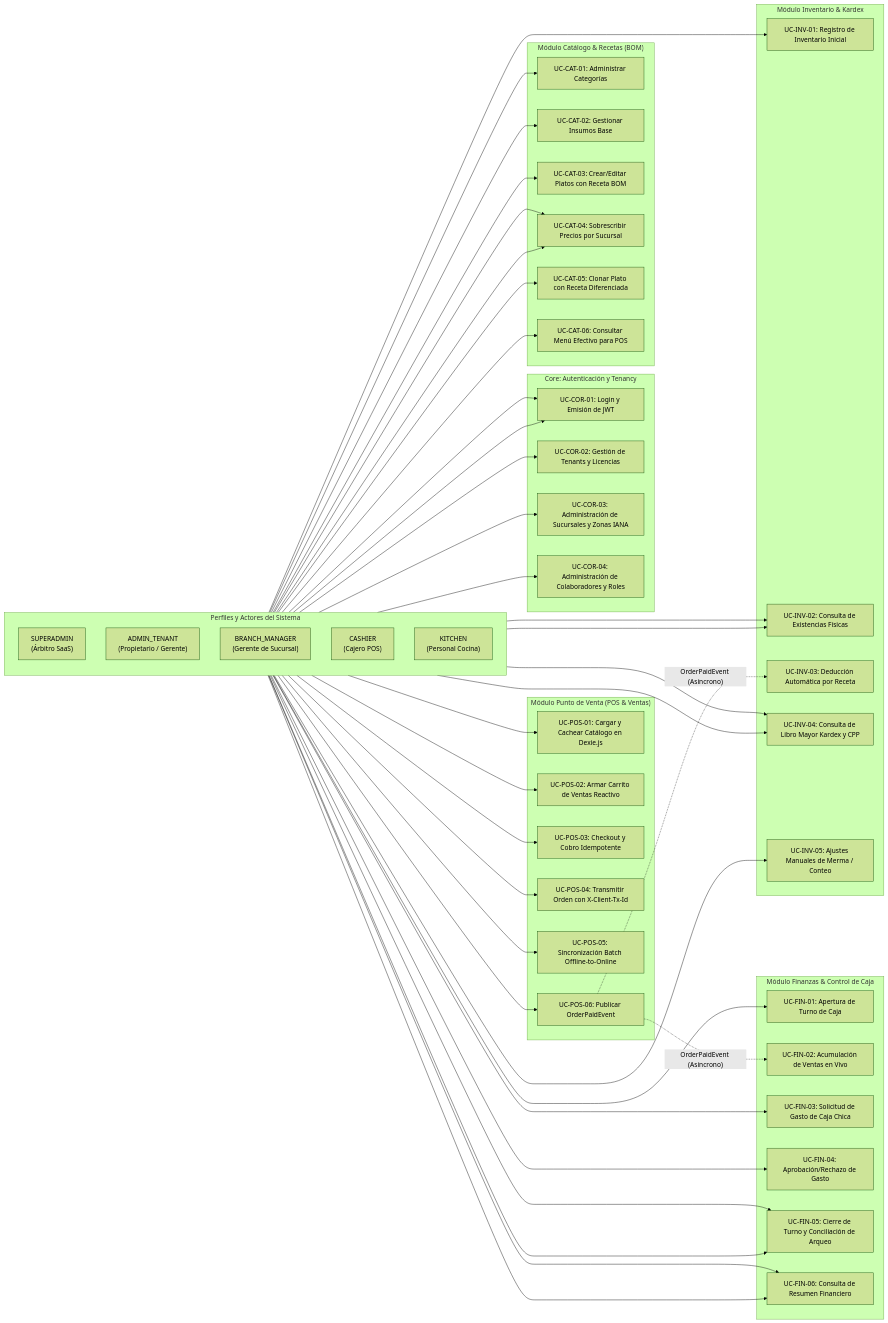
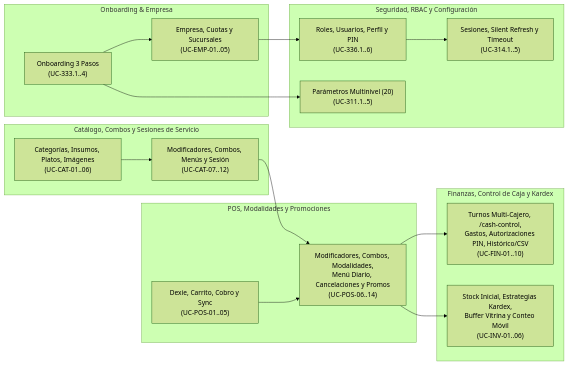
The second of 2 diagrams in docs/project/architecture/03-use-cases/use_cases_overview.md (vakajose/gestion-restaurante), drawn with Mermaid (forest theme) before and after one commit. The commit also changed other lines of this file and 156 other files, not shown here.

First line of the commit message:
docs(sdd,obsidian,manuals,qa): complete TASK-613 documentation audit, client guides, ADR-0030..0033 and backlog sync

````diff
--- a/docs/project/architecture/03-use-cases/use_cases_overview.md
+++ b/docs/project/architecture/03-use-cases/use_cases_overview.md
@@ -58,104 +49,38 @@
 ```mermaid
 flowchart LR
-    %% Declaración de Actores
-    subgraph Actores["Perfiles y Actores del Sistema"]
-        direction TB
-        Act_SA["SUPERADMIN<br/>(Árbitro SaaS)"]
-        Act_AT["ADMIN_TENANT<br/>(Propietario / Gerente)"]
-        Act_BM["BRANCH_MANAGER<br/>(Gerente de Sucursal)"]
-        Act_CS["CASHIER<br/>(Cajero POS)"]
-        Act_KT["KITCHEN<br/>(Personal Cocina)"]
+    subgraph Sub_Onb["Onboarding & Empresa"]
+        ONB["Onboarding 3 Pasos<br/>(UC-333.1..4)"]
+        CMP["Empresa, Cuotas y Sucursales<br/>(UC-EMP-01..05)"]
     end
 
-    %% Módulo Core: Autenticación y Tenancy
-    subgraph Mod_Core["Core: Autenticación y Tenancy"]
-        UC_COR_01["UC-COR-01: Login y Emisión de JWT"]
-        UC_COR_02["UC-COR-02: Gestión de Tenants y Licencias"]
-        UC_COR_03["UC-COR-03: Administración de Sucursales y Zonas IANA"]
-        UC_COR_04["UC-COR-04: Administración de Colaboradores y Roles"]
+    subgraph Sub_Sec["Seguridad, RBAC y Configuración"]
+        RBAC["Roles, Usuarios, Perfil y PIN<br/>(UC-336.1..6)"]
+        SES["Sesiones, Silent Refresh y Timeout<br/>(UC-314.1..5)"]
+        CFG["Parámetros Multinivel (20)<br/>(UC-311.1..5)"]
     end
 
-    %% Módulo Catálogo
-    subgraph Mod_Catalog["Módulo Catálogo & Recetas (BOM)"]
-        UC_CAT_01["UC-CAT-01: Administrar Categorías"]
-        UC_CAT_02["UC-CAT-02: Gestionar Insumos Base"]
-        UC_CAT_03["UC-CAT-03: Crear/Editar Platos con Receta BOM"]
-        UC_CAT_04["UC-CAT-04: Sobrescribir Precios por Sucursal"]
-        UC_CAT_05["UC-CAT-05: Clonar Plato con Receta Diferenciada"]
-        UC_CAT_06["UC-CAT-06: Consultar Menú Efectivo para POS"]
+    subgraph Sub_Cat["Catálogo, Combos y Sesiones de Servicio"]
+        CAT1["Categorías, Insumos, Platos, Imágenes<br/>(UC-CAT-01..06)"]
+        CAT2["Modificadores, Combos, Menús y Sesión<br/>(UC-CAT-07..12)"]
     end
 
-    %% Módulo POS
-    subgraph Mod_POS["Módulo Punto de Venta (POS & Ventas)"]
-        UC_POS_01["UC-POS-01: Cargar y Cachear Catálogo en Dexie.js"]
-        UC_POS_02["UC-POS-02: Armar Carrito de Ventas Reactivo"]
-        UC_POS_03["UC-POS-03: Checkout y Cobro Idempotente"]
-        UC_POS_04["UC-POS-04: Transmitir Orden con X-Client-Tx-Id"]
-        UC_POS_05["UC-POS-05: Sincronización Batch Offline-to-Online"]
-        UC_POS_06["UC-POS-06: Publicar OrderPaidEvent"]
+    subgraph Sub_Pos["POS, Modalidades y Promociones"]
+        POS1["Dexie, Carrito, Cobro y Sync<br/>(UC-POS-01..05)"]
+        POS2["Modificadores, Combos, Modalidades,<br/>Menú Diario, Cancelaciones y Promos<br/>(UC-POS-06..14)"]
     end
 
-    %% Módulo Inventario
-    subgraph Mod_Inv["Módulo Inventario & Kardex"]
-        UC_INV_01["UC-INV-01: Registro de Inventario Inicial"]
-        UC_INV_02["UC-INV-02: Consulta de Existencias Físicas"]
-        UC_INV_03["UC-INV-03: Deducción Automática por Receta"]
-        UC_INV_04["UC-INV-04: Consulta de Libro Mayor Kardex y CPP"]
-        UC_INV_05["UC-INV-05: Ajustes Manuales de Merma / Conteo"]
+    subgraph Sub_Fin["Finanzas, Control de Caja y Kardex"]
+        FIN["Turnos Multi-Cajero, /cash-control,<br/>Gastos, Autorizaciones PIN, Histórico/CSV<br/>(UC-FIN-01..10)"]
+        INV["Stock Inicial, Estrategias Kardex,<br/>Buffer Vitrina y Conteo Móvil<br/>(UC-INV-01..06)"]
     end
 
-    %% Módulo Finanzas
-    subgraph Mod_Fin["Módulo Finanzas & Control de Caja"]
-        UC_FIN_01["UC-FIN-01: Apertura de Turno de Caja"]
-        UC_FIN_02["UC-FIN-02: Acumulación de Ventas en Vivo"]
-        UC_FIN_03["UC-FIN-03: Solicitud de Gasto de Caja Chica"]
-        UC_FIN_04["UC-FIN-04: Aprobación/Rechazo de Gasto"]
-        UC_FIN_05["UC-FIN-05: Cierre de Turno y Conciliación de Arqueo"]
-        UC_FIN_06["UC-FIN-06: Consulta de Resumen Financiero"]
-    end
-
-    %% Conexiones SUPERADMIN
-    Act_SA --> UC_COR_02
-
-    %% Conexiones ADMIN_TENANT
-    Act_AT --> UC_COR_03
-    Act_AT --> UC_COR_04
-    Act_AT --> UC_CAT_01
-    Act_AT --> UC_CAT_02
-    Act_AT --> UC_CAT_03
-    Act_AT --> UC_CAT_04
-    Act_AT --> UC_CAT_05
-    Act_AT --> UC_INV_02
-    Act_AT --> UC_INV_04
-    Act_AT --> UC_FIN_06
-
-    %% Conexiones BRANCH_MANAGER
-    Act_BM --> UC_CAT_04
-    Act_BM --> UC_INV_01
-    Act_BM --> UC_INV_02
-    Act_BM --> UC_INV_04
-    Act_BM --> UC_INV_05
-    Act_BM --> UC_FIN_04
-    Act_BM --> UC_FIN_05
-    Act_BM --> UC_FIN_06
-
-    %% Conexiones CASHIER
-    Act_CS --> UC_COR_01
-    Act_CS --> UC_CAT_06
-    Act_CS --> UC_POS_01
-    Act_CS --> UC_POS_02
-    Act_CS --> UC_POS_03
-    Act_CS --> UC_POS_04
-    Act_CS --> UC_POS_05
-    Act_CS --> UC_FIN_01
-    Act_CS --> UC_FIN_03
-    Act_CS --> UC_FIN_05
-
-    %% Conexiones KITCHEN
-    Act_KT --> UC_COR_01
-    Act_KT --> UC_POS_06
-
-    %% Eventos Asíncronos entre Subsistemas
-    UC_POS_06 -.->|"OrderPaidEvent (Asíncrono)"| UC_INV_03
-    UC_POS_06 -.->|"OrderPaidEvent (Asíncrono)"| UC_FIN_02
+    ONB --> CMP
+    ONB --> CFG
+    CMP --> RBAC
+    RBAC --> SES
+    CAT1 --> CAT2
+    CAT2 --> POS2
+    POS1 --> POS2
+    POS2 --> FIN
+    POS2 --> INV
 ```
````
